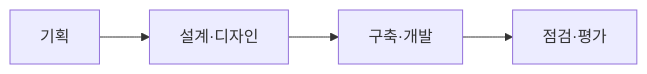
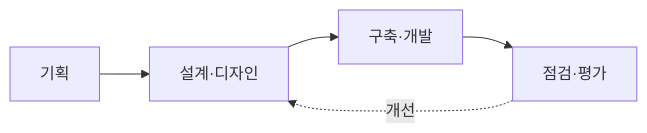
Before and after one commit to coninggu/wjdqhrhksflrltnftk: the second of 2 diagrams in content/gov-ui-ux-guideline.md, drawn with Mermaid. The commit also changed other lines of this file and 19 other files, not shown here.

````diff
--- a/content/gov-ui-ux-guideline.md
+++ b/content/gov-ui-ux-guideline.md
@@ -26,6 +37,7 @@
 ```mermaid
 flowchart LR
   P[기획] --> D[설계·디자인]
   D --> B[구축·개발]
   B --> T[점검·평가]
+  T -.개선.-> D
 ```
````
